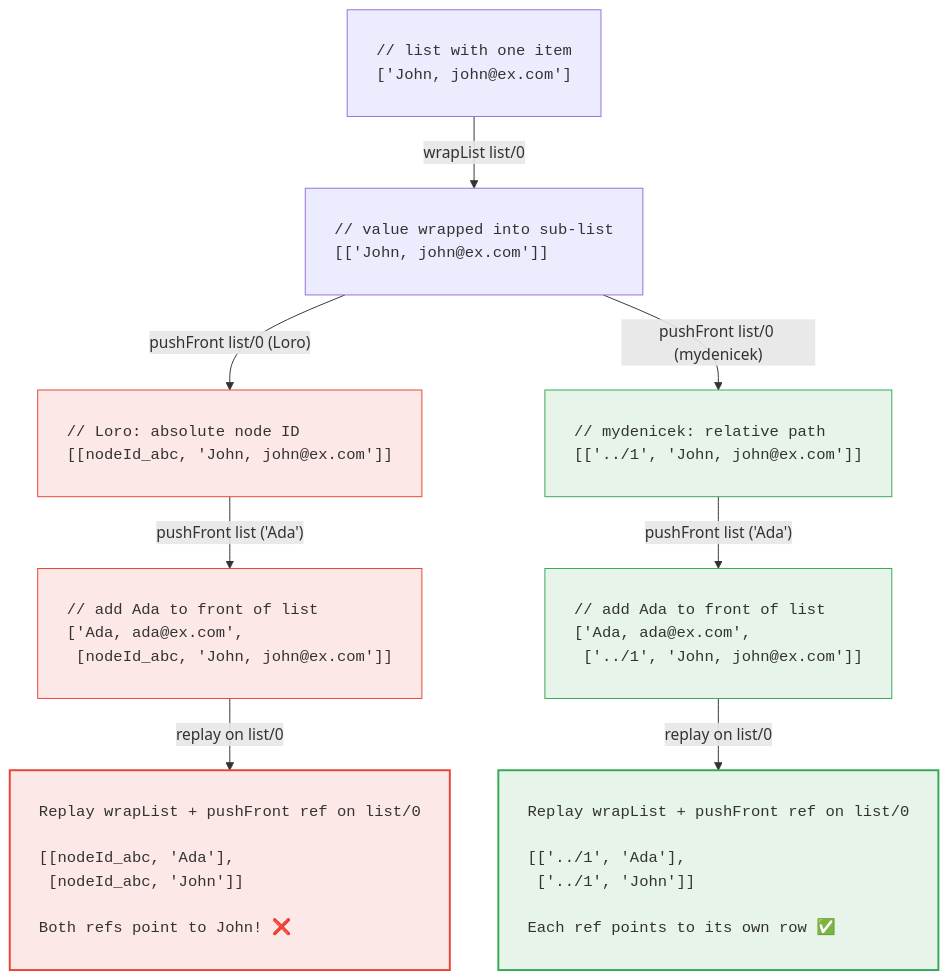
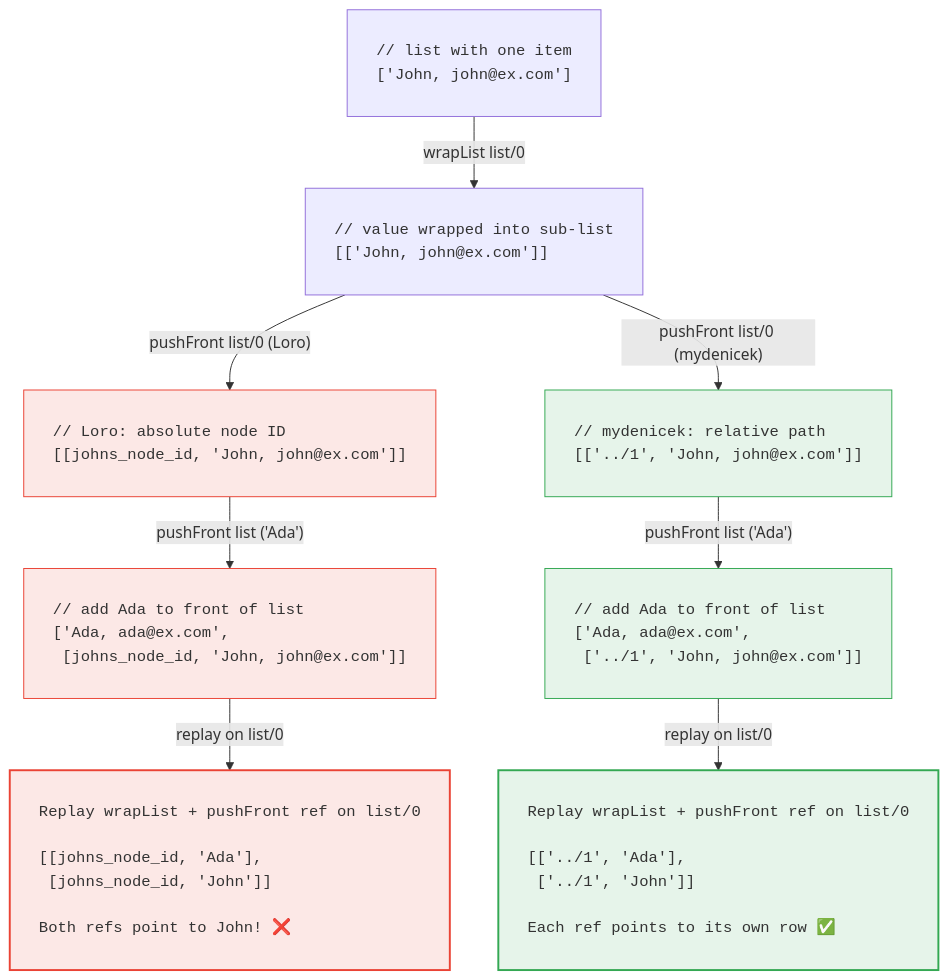
One commit to krsion/master-thesis changed the diagram in img/retargeting.mmd. Above: the diagram before and after it, drawn with Mermaid. The commit also changed 1 other file, not shown here.

Commit message:
Rename nodeId_abc to johns_node_id in retargeting diagram

```diff
--- a/img/retargeting.mmd
+++ b/img/retargeting.mmd
@@ -1,69 +1,69 @@
 %%{init: {'themeVariables': {'fontFamily': 'monospace'}}}%%
 graph TB
     S1["<pre style='text-align:left'>
 // list with one item
 ['John, john@ex.com']
 </pre>"]
 
     S2["<pre style='text-align:left'>
 // value wrapped into sub-list
 [['John, john@ex.com']]
 </pre>"]
 
     S1 -- "wrapList list/0" --> S2
 
     LORO1["<pre style='text-align:left'>
 // Loro: absolute node ID
-[[nodeId_abc, 'John, john@ex.com']]
+[[johns_node_id, 'John, john@ex.com']]
 </pre>"]
 
     CUSTOM1["<pre style='text-align:left'>
 // mydenicek: relative path
 [['../1', 'John, john@ex.com']]
 </pre>"]
 
     S2 -- "pushFront list/0 (Loro)" --> LORO1
     S2 -- "pushFront list/0 (mydenicek)" --> CUSTOM1
 
     LORO2["<pre style='text-align:left'>
 // add Ada to front of list
 ['Ada, ada@ex.com',
- [nodeId_abc, 'John, john@ex.com']]
+ [johns_node_id, 'John, john@ex.com']]
 </pre>"]
 
     CUSTOM2["<pre style='text-align:left'>
 // add Ada to front of list
 ['Ada, ada@ex.com',
  ['../1', 'John, john@ex.com']]
 </pre>"]
 
     LORO1 -- "pushFront list ('Ada')" --> LORO2
     CUSTOM1 -- "pushFront list ('Ada')" --> CUSTOM2
 
     RL["<pre style='text-align:left'>
 Replay wrapList + pushFront ref on list/0
 
-[[nodeId_abc, 'Ada'],
- [nodeId_abc, 'John']]
+[[johns_node_id, 'Ada'],
+ [johns_node_id, 'John']]
 
 Both refs point to John! ❌
 </pre>"]
 
     RC["<pre style='text-align:left'>
 Replay wrapList + pushFront ref on list/0
 
 [['../1', 'Ada'],
  ['../1', 'John']]
 
 Each ref points to its own row ✅
 </pre>"]
 
     LORO2 -- "replay on list/0" --> RL
     CUSTOM2 -- "replay on list/0" --> RC
 
     style RL fill:#fce8e6,stroke:#ea4335,stroke-width:2px
     style RC fill:#e6f4ea,stroke:#34a853,stroke-width:2px
     style LORO1 fill:#fce8e6,stroke:#ea4335,stroke-width:1px
     style CUSTOM1 fill:#e6f4ea,stroke:#34a853,stroke-width:1px
     style LORO2 fill:#fce8e6,stroke:#ea4335,stroke-width:1px
     style CUSTOM2 fill:#e6f4ea,stroke:#34a853,stroke-width:1px
```
